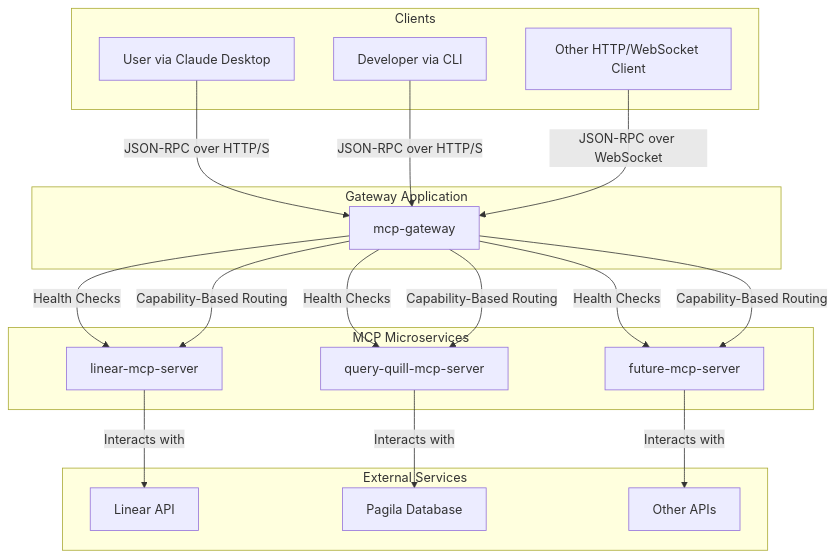
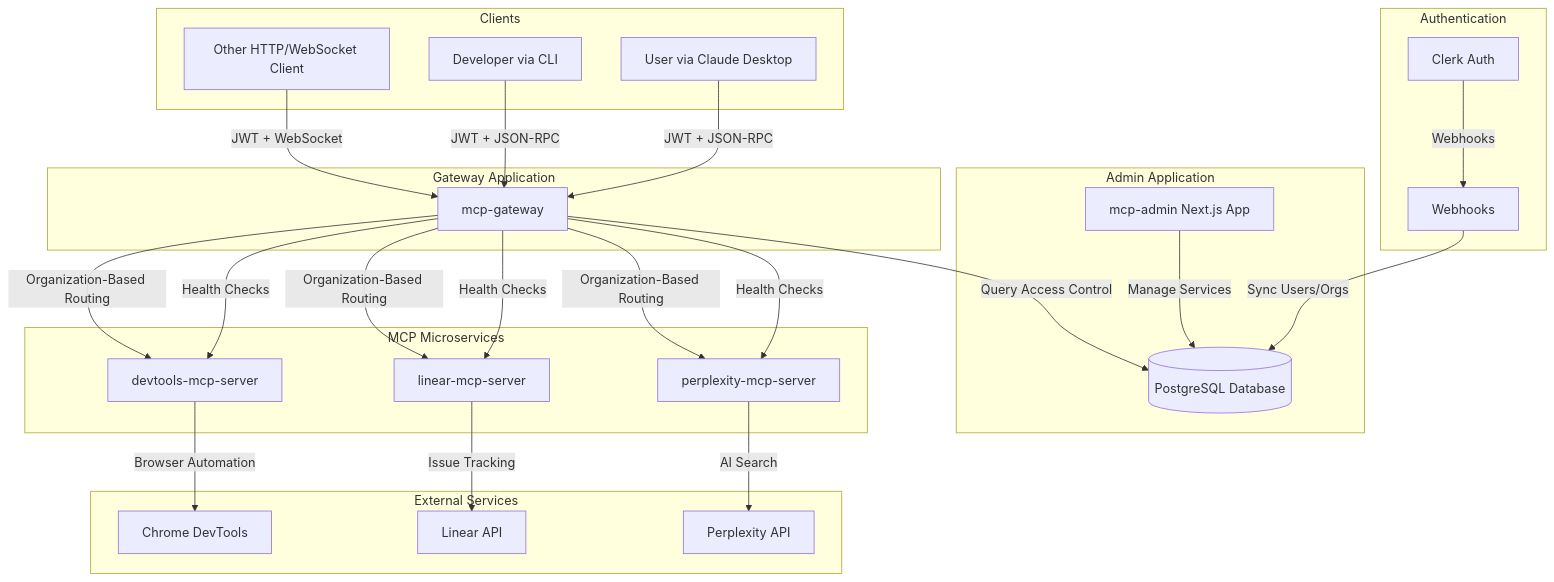
Before and after one commit to Bothire-Agent-Marketplace/omni-mcp: the diagram in docs/ARCHITECTURE.md, drawn with Mermaid. The commit also changed other lines of this file and 15 other files, not shown here.

First line of the commit message:
feat: implement multi-tenant database schema with automatic webhook sync

````diff
--- a/docs/ARCHITECTURE.md
+++ b/docs/ARCHITECTURE.md
@@ -20,40 +20,55 @@
 ```mermaid
 graph TD
     subgraph Clients
         C1[User via Claude Desktop]
         C2[Developer via CLI]
         C3[Other HTTP/WebSocket Client]
     end
 
+    subgraph Authentication
+        CL[Clerk Auth]
+        WH[Webhooks]
+    end
+
+    subgraph Admin Application
+        AD[mcp-admin Next.js App]
+        DB[(PostgreSQL Database)]
+    end
+
     subgraph Gateway Application
         G[mcp-gateway]
     end
 
     subgraph MCP Microservices
-        S1[linear-mcp-server]
-        S2[query-quill-mcp-server]
-        S3[future-mcp-server]
+        S1[devtools-mcp-server]
+        S2[linear-mcp-server]
+        S3[perplexity-mcp-server]
     end
 
     subgraph External Services
-        E1[Linear API]
-        E2[Pagila Database]
-        E3[Other APIs]
+        E1[Chrome DevTools]
+        E2[Linear API]
+        E3[Perplexity API]
     end
 
-    C1 -->|JSON-RPC over HTTP/S| G
-    C2 -->|JSON-RPC over HTTP/S| G
-    C3 -->|JSON-RPC over WebSocket| G
+    C1 -->|JWT + JSON-RPC| G
+    C2 -->|JWT + JSON-RPC| G
+    C3 -->|JWT + WebSocket| G
+
+    CL -->|Webhooks| WH
+    WH -->|Sync Users/Orgs| DB
+    AD -->|Manage Services| DB
+    G -->|Query Access Control| DB
 
     G -- Health Checks --> S1
     G -- Health Checks --> S2
     G -- Health Checks --> S3
 
-    G -- Capability-Based Routing --> S1
-    G -- Capability-Based Routing --> S2
-    G -- Capability-Based Routing --> S3
+    G -- Organization-Based Routing --> S1
+    G -- Organization-Based Routing --> S2
+    G -- Organization-Based Routing --> S3
 
-    S1 -->|Interacts with| E1
-    S2 -->|Interacts with| E2
-    S3 -->|Interacts with| E3
+    S1 -->|Browser Automation| E1
+    S2 -->|Issue Tracking| E2
+    S3 -->|AI Search| E3
 ```
````
